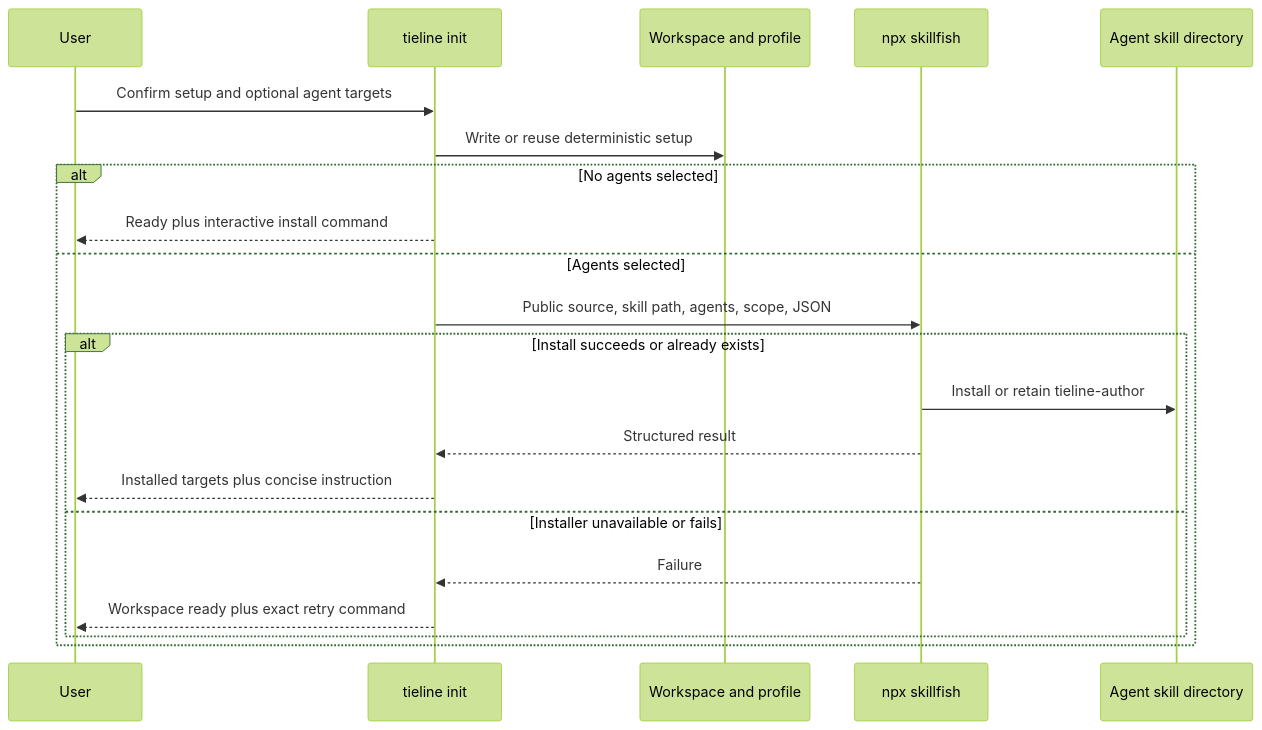
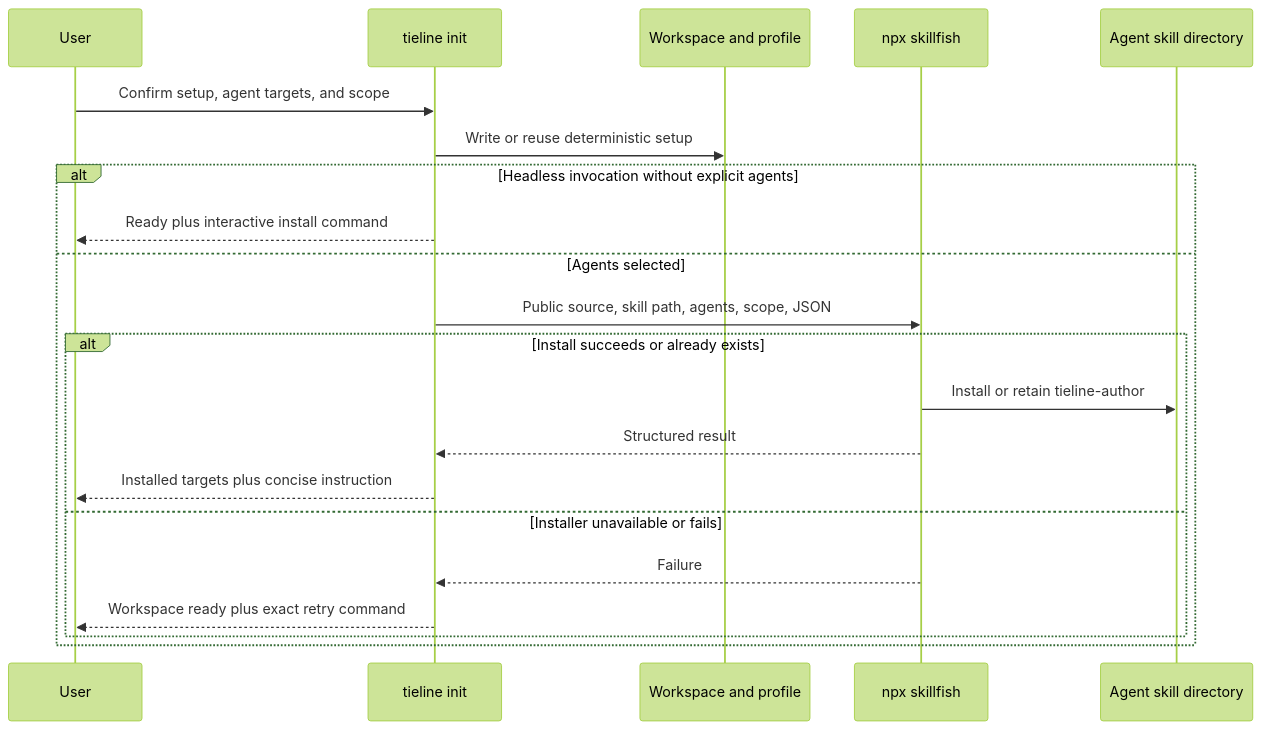
The diagram in docs/plans/2026-08-05-001-feat-cli-first-agent-onboarding-plan.md (knoxgraeme/tieline), drawn with Mermaid (forest theme) before and after one commit. The commit also changed other lines of this file and 17 other files, not shown here.

````diff
--- a/docs/plans/2026-08-05-001-feat-cli-first-agent-onboarding-plan.md
+++ b/docs/plans/2026-08-05-001-feat-cli-first-agent-onboarding-plan.md
@@ -155,24 +155,24 @@
 ```mermaid
 sequenceDiagram
   participant User
   participant Init as tieline init
   participant Workspace as Workspace and profile
   participant Npx as npx skillfish
   participant Agent as Agent skill directory
 
-  User->>Init: Confirm setup and optional agent targets
+  User->>Init: Confirm setup, agent targets, and scope
   Init->>Workspace: Write or reuse deterministic setup
-  alt No agents selected
+  alt Headless invocation without explicit agents
     Init-->>User: Ready plus interactive install command
   else Agents selected
     Init->>Npx: Public source, skill path, agents, scope, JSON
     alt Install succeeds or already exists
       Npx->>Agent: Install or retain tieline-author
       Npx-->>Init: Structured result
       Init-->>User: Installed targets plus concise instruction
     else Installer unavailable or fails
       Npx-->>Init: Failure
       Init-->>User: Workspace ready plus exact retry command
     end
   end
 ```
````
